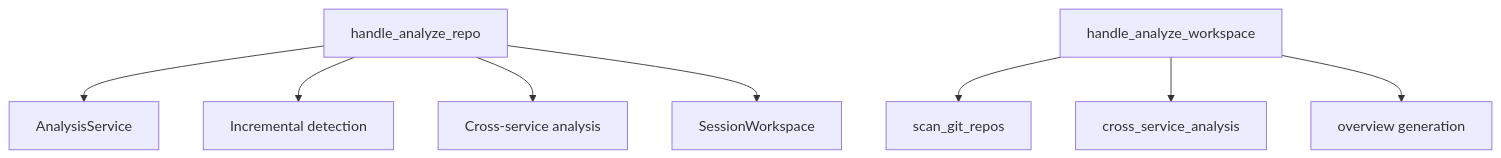
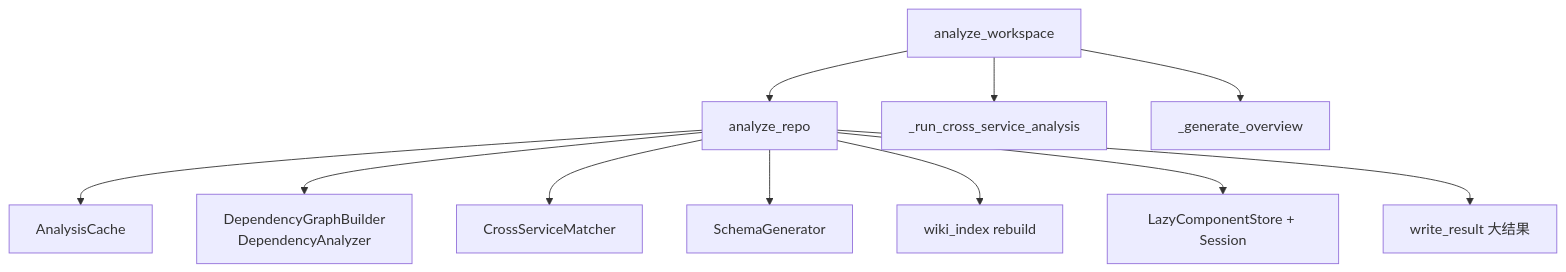
The diagram in repowiki/wiki/modules/MCP_Tools_Analysis.md (mambo-wang/CodeWiki-Plus), drawn with Mermaid before and after one commit. The commit also changed other lines of this file and 36 other files, not shown here.

````diff
--- a/repowiki/wiki/modules/MCP_Tools_Analysis.md
+++ b/repowiki/wiki/modules/MCP_Tools_Analysis.md
@@ -17,10 +73,13 @@
 ```mermaid
-graph TB
-    A[handle_analyze_repo] --> B[AnalysisService]
-    A --> C[Incremental detection]
-    A --> D[Cross-service analysis]
-    A --> E[SessionWorkspace]
-    F[handle_analyze_workspace] --> G[scan_git_repos]
-    F --> H[cross_service_analysis]
-    F --> I[overview generation]
+flowchart TD
+  A[analyze_repo] --> B[AnalysisCache]
+  A --> C[DependencyGraphBuilder\nDependencyAnalyzer]
+  A --> D[CrossServiceMatcher]
+  A --> E[SchemaGenerator]
+  A --> F[wiki_index rebuild]
+  A --> G[LazyComponentStore + Session]
+  H[analyze_workspace] --> A
+  H --> I[_run_cross_service_analysis]
+  H --> J[_generate_overview]
+  A --> K[write_result 大结果]
 ```
````
